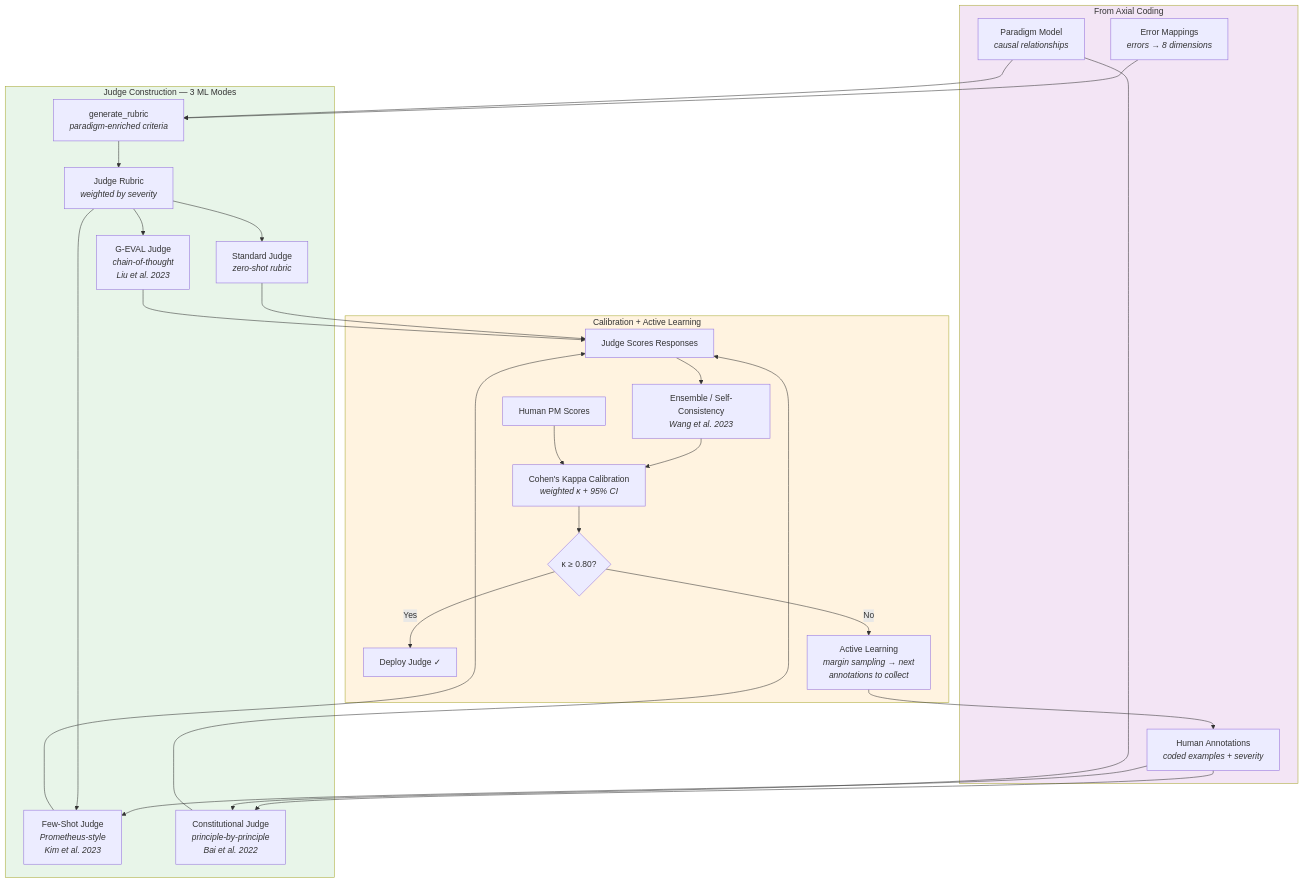
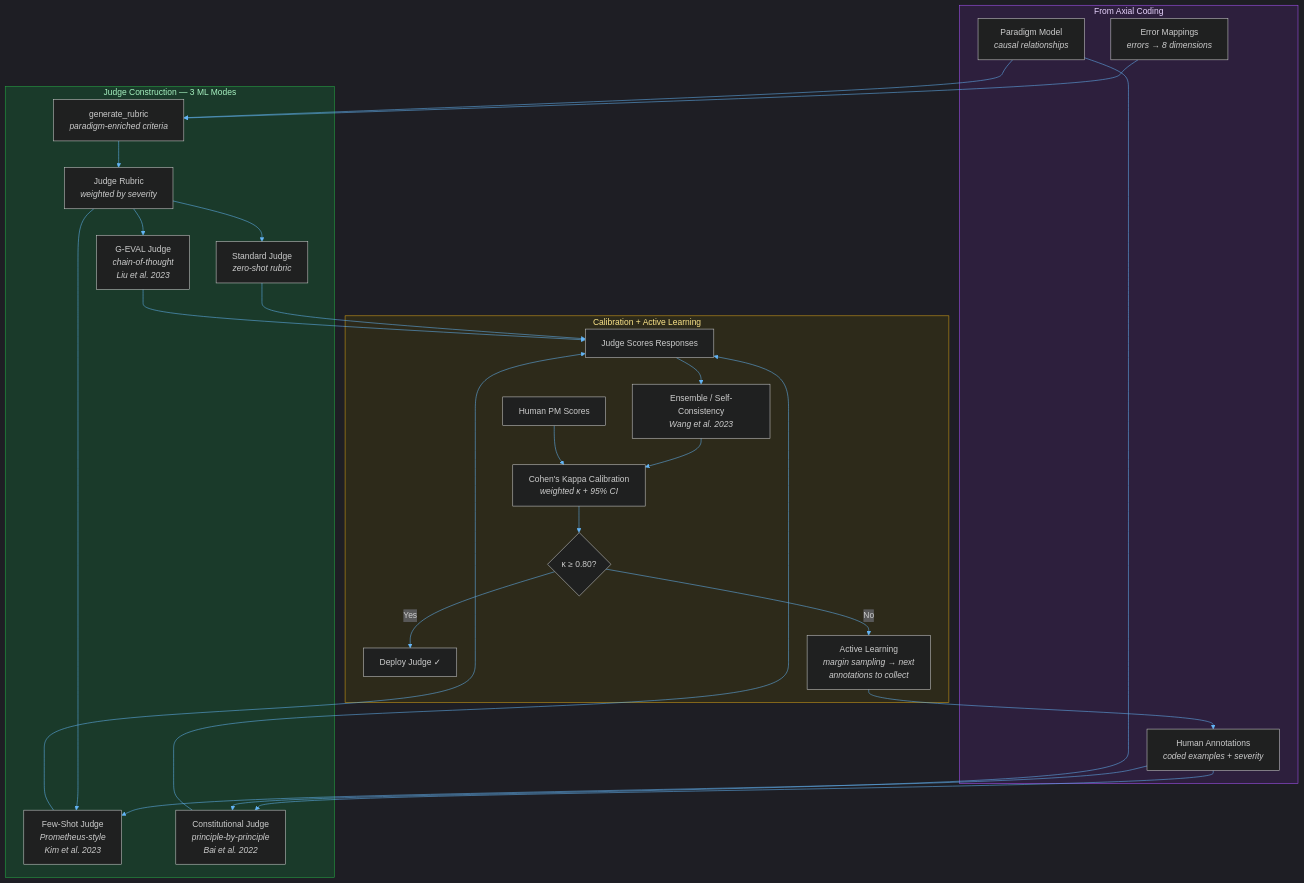
Before and after one commit to aws-samples/sample-GEDD: the sixth of 8 diagrams in README.md, drawn with Mermaid. The commit also changed other lines of this file, not shown here.

First line of the commit message:
docs: fix Mermaid diagrams for dark background rendering

````diff
--- a/README.md
+++ b/README.md
@@ -212,36 +218,37 @@
 ```mermaid
+%%{init: {'theme': 'dark', 'themeVariables': {'primaryColor': '#1e3a5f', 'primaryTextColor': '#e2e8f0', 'primaryBorderColor': '#4a7fa5', 'lineColor': '#64b5f6', 'secondaryColor': '#1a3a2a', 'tertiaryColor': '#2d1f3d'}}}%%
 flowchart TD
     subgraph Inputs["From Axial Coding"]
         EM[Error Mappings<br/><i>errors → 8 dimensions</i>]
         PM[Paradigm Model<br/><i>causal relationships</i>]
         ANN[Human Annotations<br/><i>coded examples + severity</i>]
     end
 
     subgraph Build["Judge Construction — 3 ML Modes"]
         EM --> RUB[generate_rubric<br/><i>paradigm-enriched criteria</i>]
         PM --> RUB
         RUB --> RUBRIC[Judge Rubric<br/><i>weighted by severity</i>]
 
         RUBRIC --> STD[Standard Judge<br/><i>zero-shot rubric</i>]
         ANN --> FS[Few-Shot Judge<br/><i>Prometheus-style<br/>Kim et al. 2023</i>]
         RUBRIC --> FS
         RUBRIC --> GE[G-EVAL Judge<br/><i>chain-of-thought<br/>Liu et al. 2023</i>]
         ANN --> CONST[Constitutional Judge<br/><i>principle-by-principle<br/>Bai et al. 2022</i>]
         PM --> CONST
     end
 
     subgraph Calibrate["Calibration + Active Learning"]
         STD & FS & GE & CONST --> RUN[Judge Scores Responses]
         RUN --> ENS[Ensemble / Self-Consistency<br/><i>Wang et al. 2023</i>]
         ENS --> CAL[Cohen's Kappa Calibration<br/><i>weighted κ + 95% CI</i>]
         HUMAN[Human PM Scores] --> CAL
         CAL --> AGR{κ ≥ 0.80?}
         AGR -->|Yes| DEPLOY[Deploy Judge ✓]
         AGR -->|No| AL[Active Learning<br/><i>margin sampling → next<br/>annotations to collect</i>]
         AL --> ANN
     end
 
-    style Inputs fill:#f3e5f5
-    style Build fill:#e8f5e9
-    style Calibrate fill:#fff3e0
+    style Inputs fill:#2d1f3d,stroke:#a855f7,color:#e9d5ff
+    style Build fill:#1a3a2a,stroke:#27a644,color:#a7f3c1
+    style Calibrate fill:#2d2a1a,stroke:#d4a017,color:#fde68a
 ```
````
